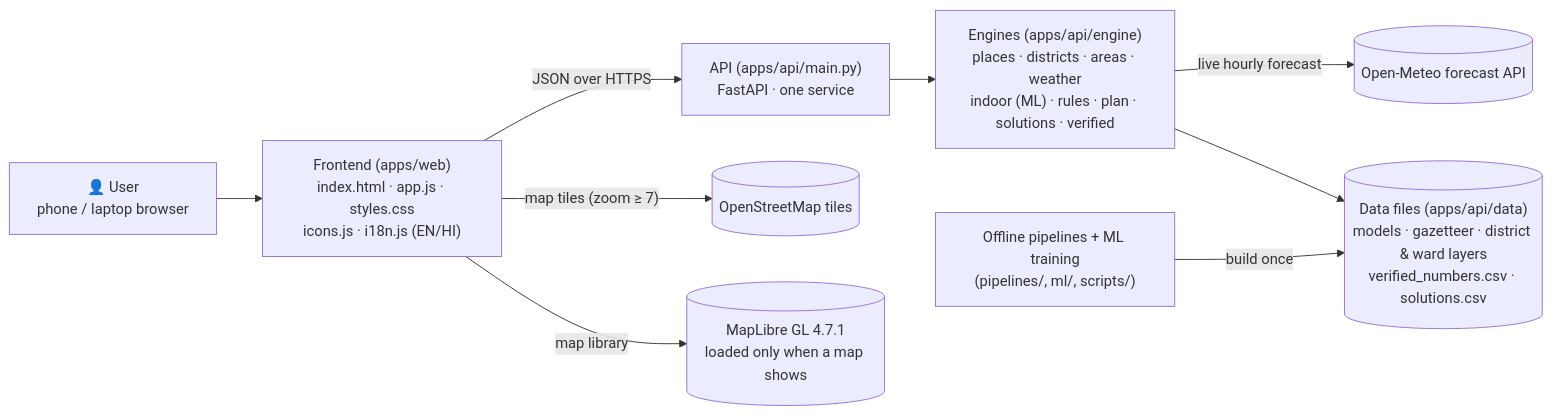
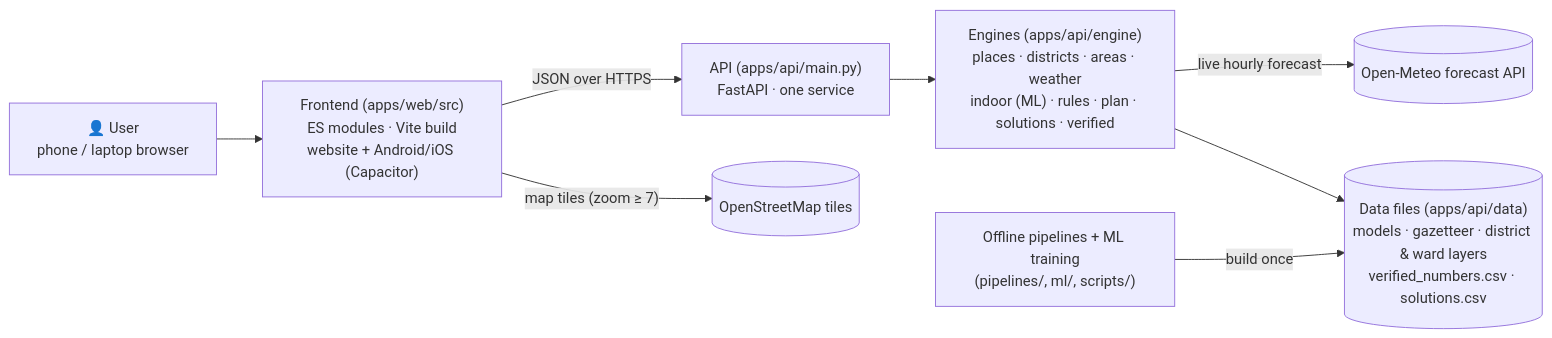
One commit to VanshikaSingh277/garmi-check-india changed the first of 10 diagrams in docs/ARCHITECTURE.md. Above: the diagram before and after it, drawn with Mermaid. The commit also changed other lines of this file and 158 other files, not shown here.

Commit message:
configured apps (android & ios)

````diff
--- a/docs/ARCHITECTURE.md
+++ b/docs/ARCHITECTURE.md
@@ -38,11 +38,10 @@
 ```mermaid
 flowchart LR
-  U["👤 User<br/>phone / laptop browser"] --> W["Frontend (apps/web)<br/>index.html · app.js · styles.css<br/>icons.js · i18n.js (EN/HI)"]
+  U["👤 User<br/>phone / laptop browser"] --> W["Frontend (apps/web/src)<br/>ES modules · Vite build<br/>website + Android/iOS (Capacitor)"]
   W -- "JSON over HTTPS" --> A["API (apps/api/main.py)<br/>FastAPI · one service"]
   W -- "map tiles (zoom ≥ 7)" --> OSM[("OpenStreetMap tiles")]
-  W -- "map library" --> ML[("MapLibre GL 4.7.1<br/>loaded only when a map shows")]
   A --> E["Engines (apps/api/engine)<br/>places · districts · areas · weather<br/>indoor (ML) · rules · plan · solutions · verified"]
   E -- "live hourly forecast" --> OM[("Open-Meteo forecast API")]
   E --> D[("Data files (apps/api/data)<br/>models · gazetteer · district & ward layers<br/>verified_numbers.csv · solutions.csv")]
   P["Offline pipelines + ML training<br/>(pipelines/, ml/, scripts/)"] -- "build once" --> D
 ```
````
